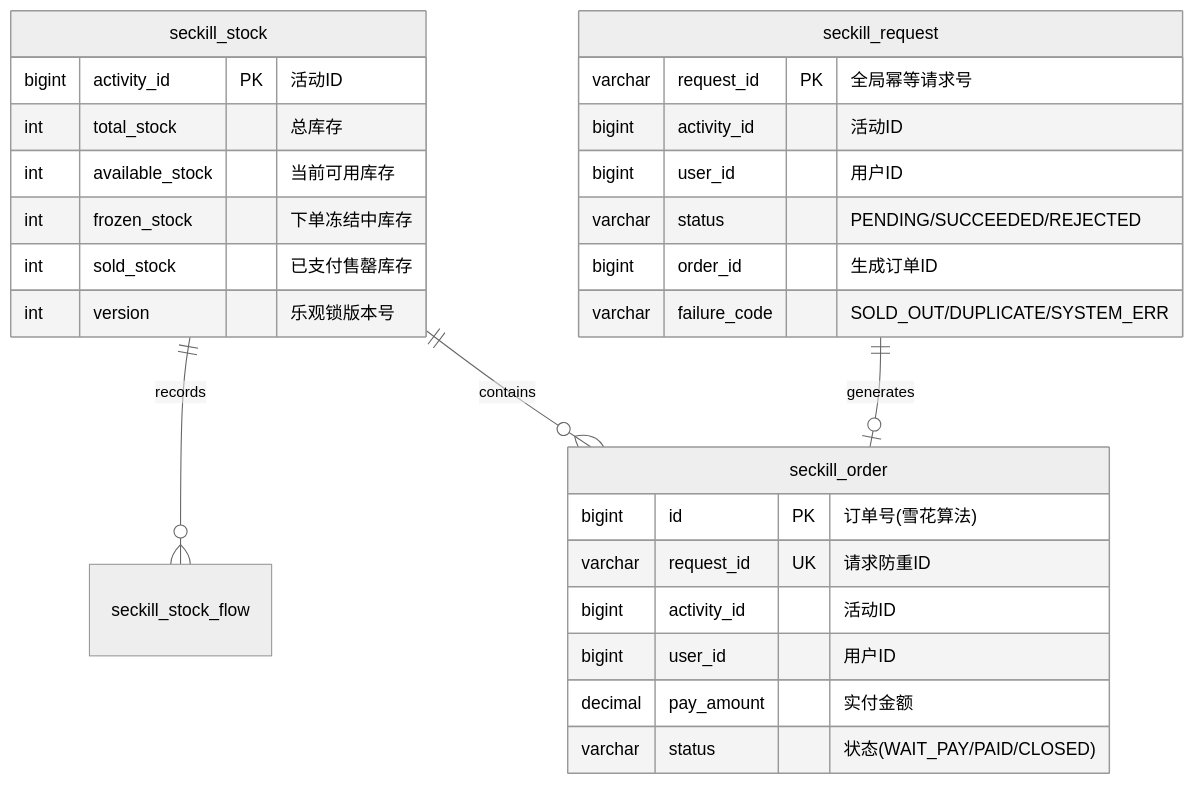
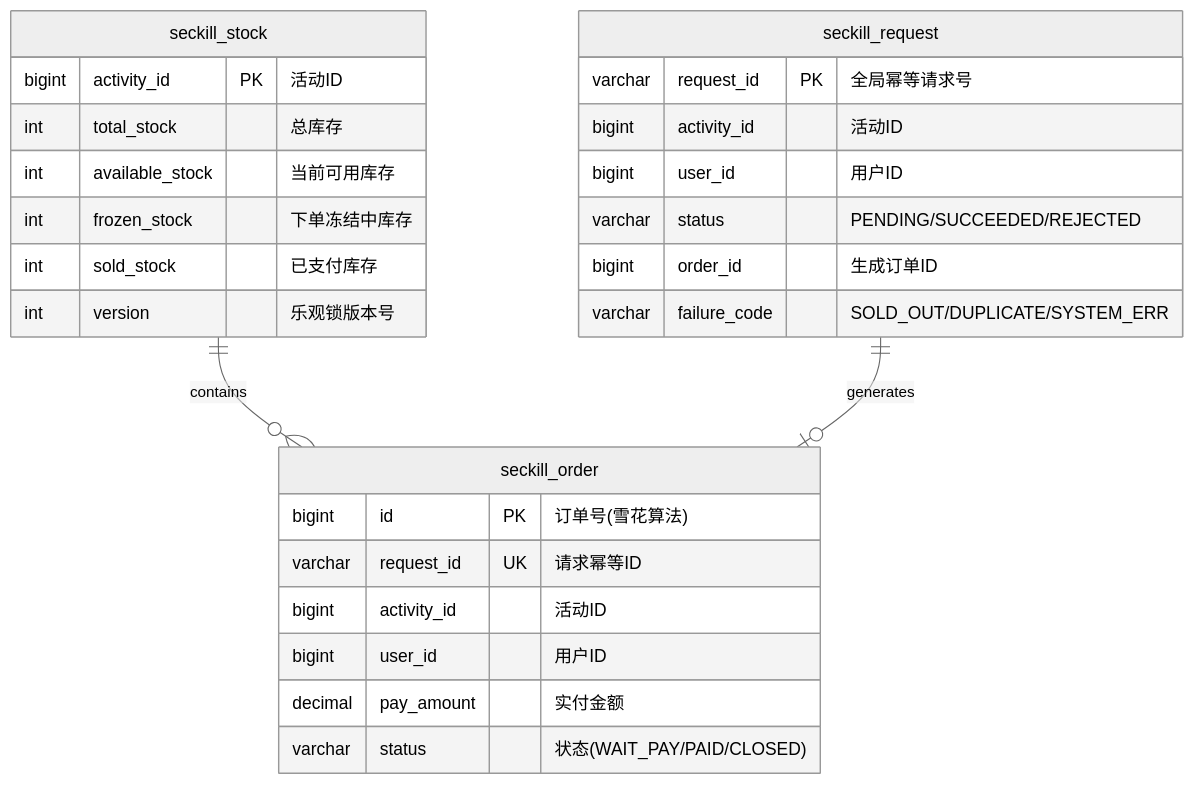
One commit to GuoWWWX/knowledge-base changed the first of 3 diagrams in 20-Java后端/09-项目实战/01-项目-高并发秒杀系统.md. Above: the diagram before and after it, drawn with Mermaid (neutral theme). The commit also changed other lines of this file and 251 other files, not shown here.

````diff
--- a/20-Java后端/09-项目实战/01-项目-高并发秒杀系统.md
+++ b/20-Java后端/09-项目实战/01-项目-高并发秒杀系统.md
@@ -41,33 +51,32 @@
 ```mermaid
 erDiagram
-    seckill_stock ||--o{ seckill_stock_flow : records
     seckill_stock ||--o{ seckill_order : contains
     seckill_request ||--o| seckill_order : generates
 
     seckill_stock {
         bigint activity_id PK "活动ID"
         int total_stock "总库存"
         int available_stock "当前可用库存"
         int frozen_stock "下单冻结中库存"
-        int sold_stock "已支付售罄库存"
+        int sold_stock "已支付库存"
         int version "乐观锁版本号"
     }
 
     seckill_order {
         bigint id PK "订单号(雪花算法)"
-        varchar request_id UK "请求防重ID"
+        varchar request_id UK "请求幂等ID"
         bigint activity_id "活动ID"
         bigint user_id "用户ID"
         decimal pay_amount "实付金额"
         varchar status "状态(WAIT_PAY/PAID/CLOSED)"
     }
 
     seckill_request {
         varchar request_id PK "全局幂等请求号"
         bigint activity_id "活动ID"
         bigint user_id "用户ID"
         varchar status "PENDING/SUCCEEDED/REJECTED"
         bigint order_id "生成订单ID"
         varchar failure_code "SOLD_OUT/DUPLICATE/SYSTEM_ERR"
     }
 ```
````
